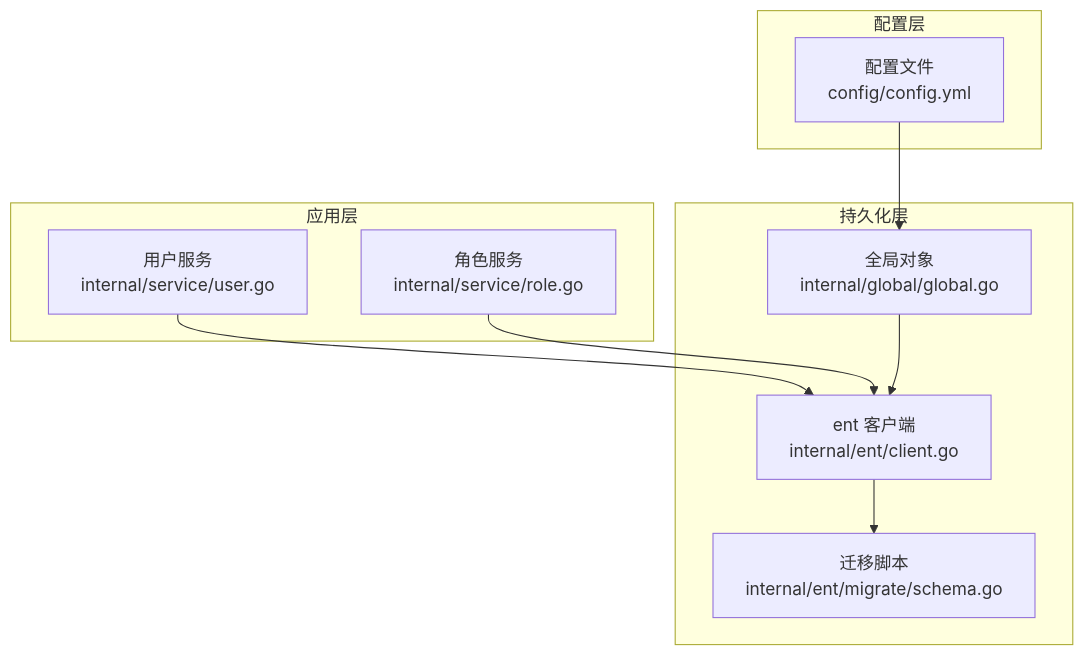
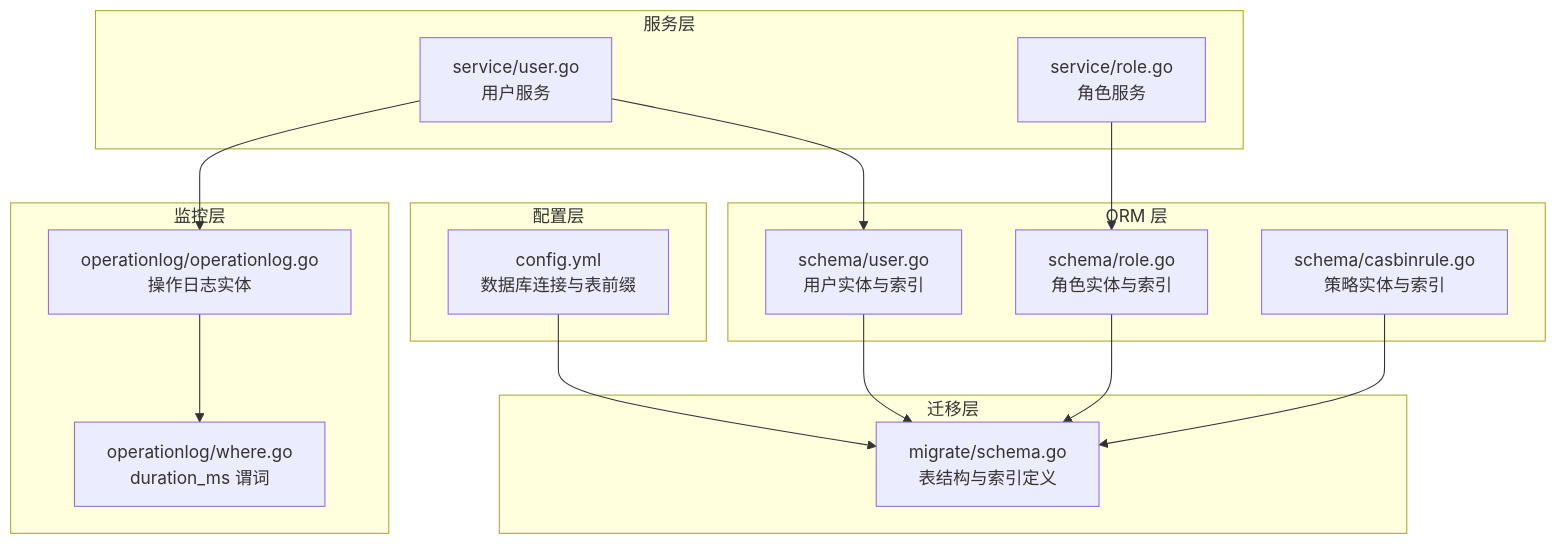
The first of 7 diagrams in .qoder/repowiki/zh/content/数据库设计/索引与性能优化.md (wuwuseo/e-sports-go-admin), drawn with Mermaid before and after one commit. The commit also changed other lines of this file and 141 other files, not shown here.

````diff
--- a/.qoder/repowiki/zh/content/数据库设计/索引与性能优化.md
+++ b/.qoder/repowiki/zh/content/数据库设计/索引与性能优化.md
@@ -46,20 +50,30 @@
 ```mermaid
 graph TB
-subgraph "应用层"
-SUser["用户服务<br/>internal/service/user.go"]
-SRole["角色服务<br/>internal/service/role.go"]
+subgraph "配置层"
+CFG["config.yml<br/>数据库连接与表前缀"]
 end
-subgraph "持久化层"
-Client["ent 客户端<br/>internal/ent/client.go"]
-Migrate["迁移脚本<br/>internal/ent/migrate/schema.go"]
-Global["全局对象<br/>internal/global/global.go"]
+subgraph "ORM 层"
+US["schema/user.go<br/>用户实体与索引"]
+RL["schema/role.go<br/>角色实体与索引"]
+CB["schema/casbinrule.go<br/>策略实体与索引"]
 end
-subgraph "配置层"
-Cfg["配置文件<br/>config/config.yml"]
+subgraph "迁移层"
+MG["migrate/schema.go<br/>表结构与索引定义"]
 end
-SUser --> Client
-SRole --> Client
-Client --> Migrate
-Global --> Client
-Cfg --> Global
+subgraph "服务层"
+SVU["service/user.go<br/>用户服务"]
+SVR["service/role.go<br/>角色服务"]
+end
+subgraph "监控层"
+OL["operationlog/operationlog.go<br/>操作日志实体"]
+WHEREDuration["operationlog/where.go<br/>duration_ms 谓词"]
+end
+CFG --> MG
+US --> MG
+RL --> MG
+CB --> MG
+SVU --> US
+SVR --> RL
+SVU --> OL
+OL --> WHEREDuration
 ```
````
